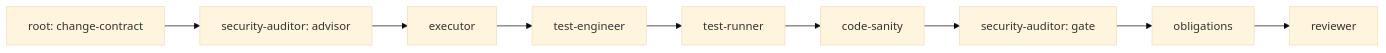
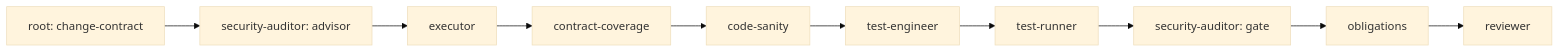
One commit to xtrm-dev/specialists changed the sixth of 14 diagrams in docs/design/chain-templates.md. Above: the diagram before and after it, drawn with Mermaid (base theme). The commit also changed other lines of this file and 3 other files, not shown here.

````diff
--- a/docs/design/chain-templates.md
+++ b/docs/design/chain-templates.md
@@ -283,11 +309,12 @@
 ```mermaid
 flowchart LR
   root[root: change-contract] --> security-advisor[security-auditor: advisor]
   security-advisor --> executor
-  executor --> test-engineer
+  executor --> contract-coverage
+  contract-coverage --> code-sanity
+  code-sanity --> test-engineer
   test-engineer --> test-runner
-  test-runner --> code-sanity
-  code-sanity --> security-gate[security-auditor: gate]
+  test-runner --> security-gate[security-auditor: gate]
   security-gate --> obligations
   obligations --> reviewer
 ```
````
